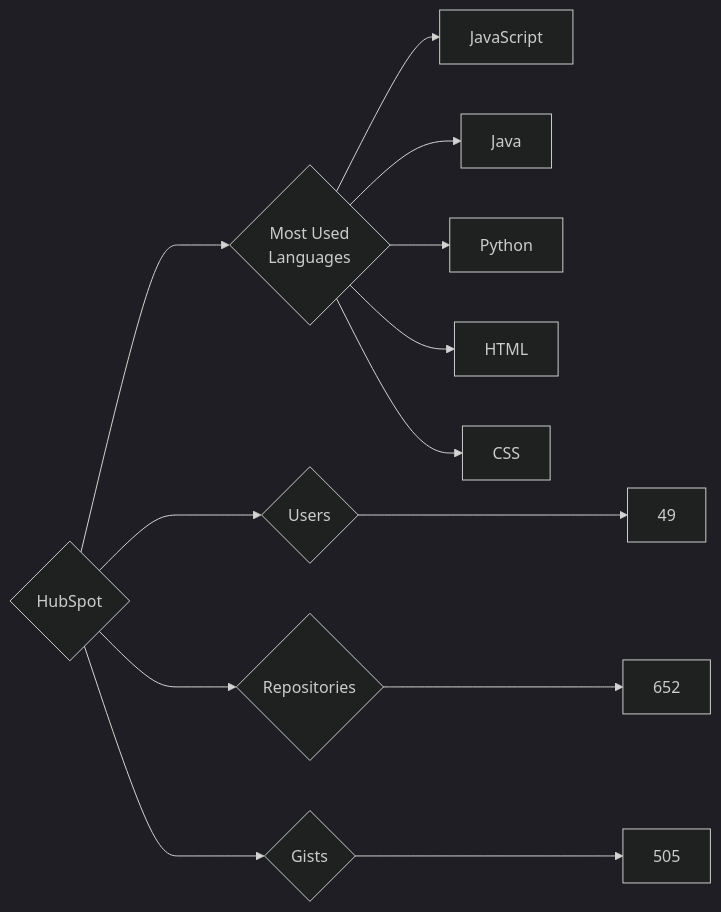
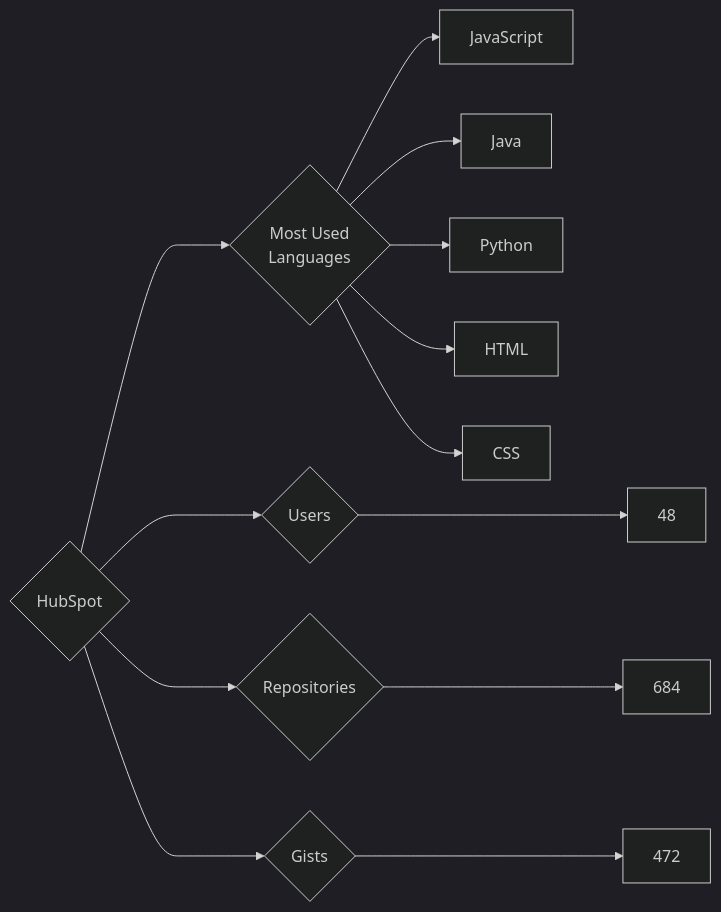
The diagram in targets/HubSpot/README.md (trickest/insiders), drawn with Mermaid (dark theme) before and after one commit. The commit also changed 845 other files, not shown here.

````diff
--- a/targets/HubSpot/README.md
+++ b/targets/HubSpot/README.md
@@ -3,13 +3,13 @@
 ```mermaid
 graph LR
 COMPANY_NAME{HubSpot}
-COMPANY_NAME ---> U{Users} ---> UN[49]
-COMPANY_NAME ---> R{Repositories} ---> RN[652]
-COMPANY_NAME ---> G{Gists} ---> GN[505]
+COMPANY_NAME ---> U{Users} ---> UN[48]
+COMPANY_NAME ---> R{Repositories} ---> RN[684]
+COMPANY_NAME ---> G{Gists} ---> GN[472]
 COMPANY_NAME ---> ML{Most Used<br>Languages}
 ML --> JavaScript[JavaScript]
 ML --> Java[Java]
 ML --> Python[Python]
 ML --> HTML[HTML]
 ML --> CSS[CSS]
 ```
````
